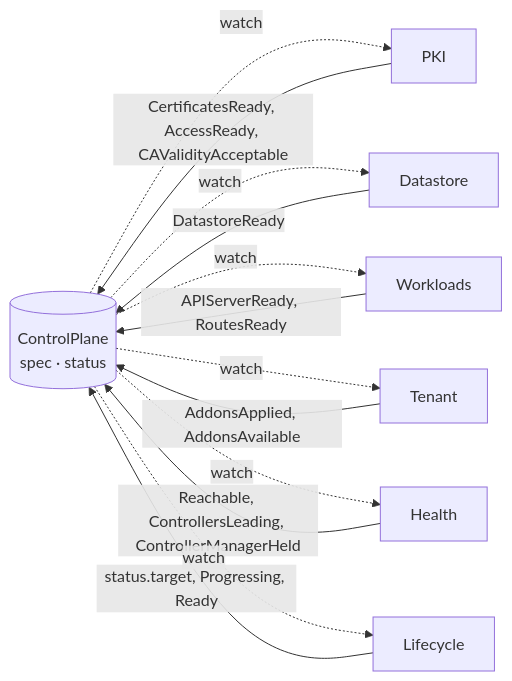
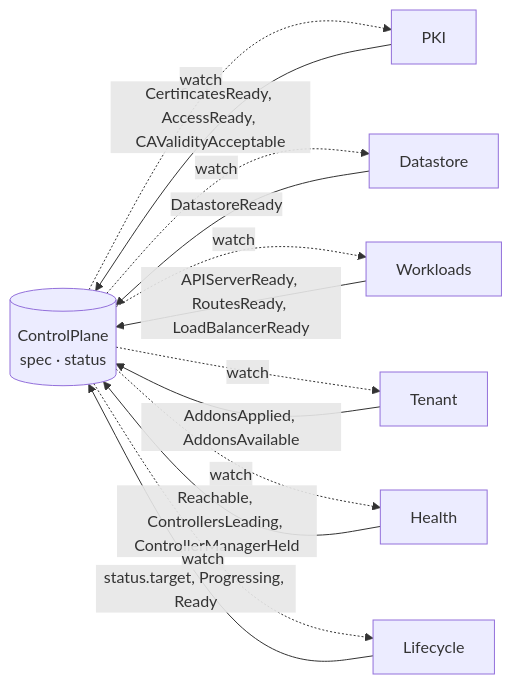
The diagram in docs/decisions/independent-controllers.md (lodia-io/lodia), drawn with Mermaid before and after one commit. The commit also changed other lines of this file and 83 other files, not shown here.

````diff
--- a/docs/decisions/independent-controllers.md
+++ b/docs/decisions/independent-controllers.md
@@ -58,16 +58,16 @@
 ```mermaid
 flowchart LR
   CP[("ControlPlane<br/>spec · status")]
   PKI -->|CertificatesReady, AccessReady, CAValidityAcceptable| CP
   DS[Datastore] -->|DatastoreReady| CP
-  WL[Workloads] -->|APIServerReady, RoutesReady| CP
+  WL[Workloads] -->|APIServerReady, RoutesReady, LoadBalancerReady| CP
   TN[Tenant] -->|AddonsApplied, AddonsAvailable| CP
   HL[Health] -->|Reachable, ControllersLeading, ControllerManagerHeld| CP
   LC[Lifecycle] -->|status.target, Progressing, Ready| CP
   CP -. watch .-> PKI
   CP -. watch .-> DS
   CP -. watch .-> WL
   CP -. watch .-> TN
   CP -. watch .-> HL
   CP -. watch .-> LC
 ```
````
